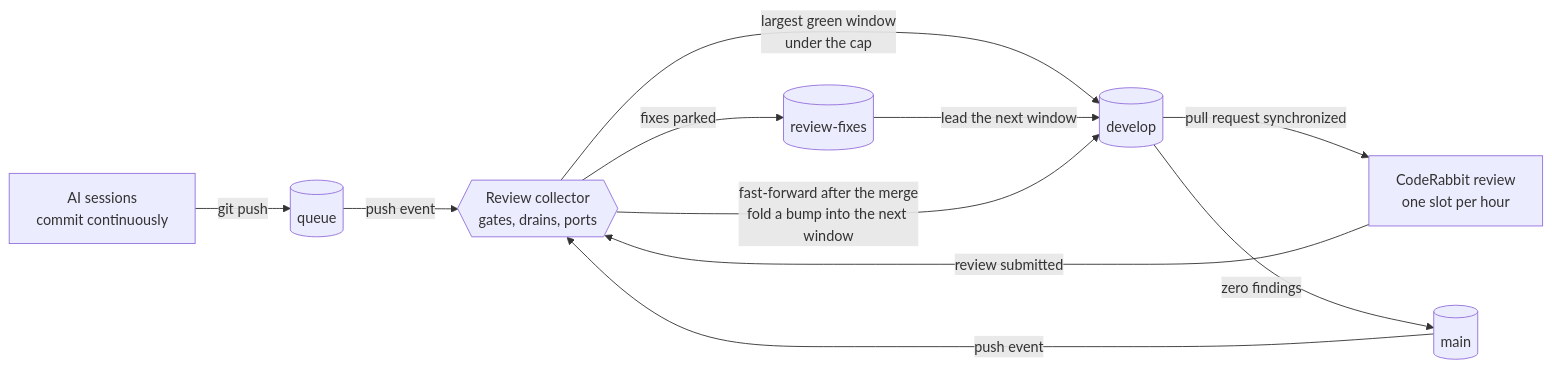
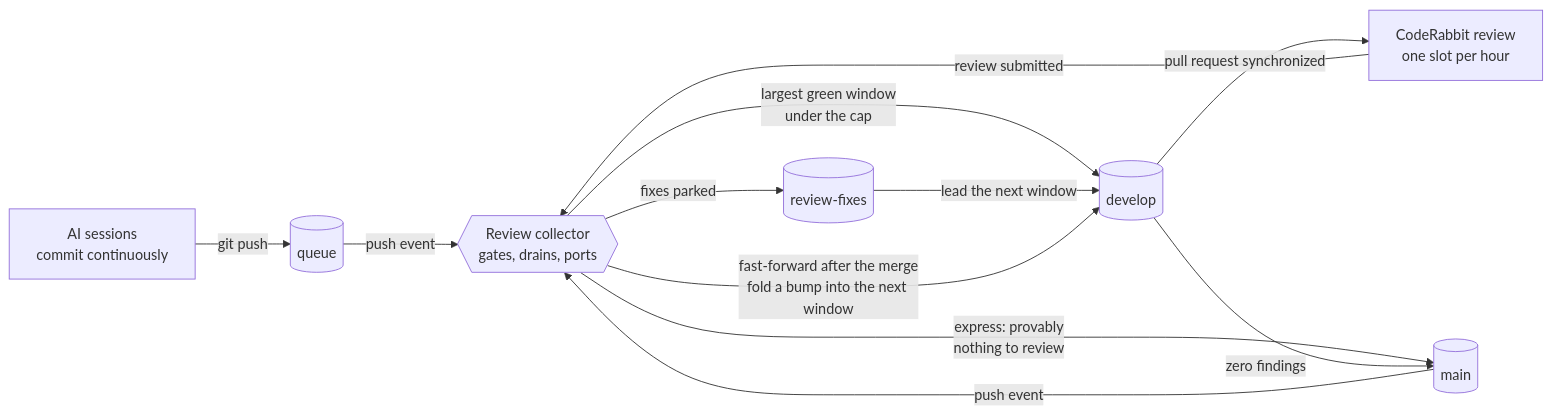
Before and after one commit to Esposter/Esposter: the diagram in README.md, drawn with Mermaid. The commit also changed other lines of this file and 8 other files, not shown here.

First line of the commit message:
docs(review-collector): the express lane, and the commit composition that feeds it

````diff
--- a/README.md
+++ b/README.md
@@ -337,13 +340,14 @@
 ```mermaid
 flowchart LR
   S[AI sessions<br/>commit continuously] -->|git push| Q[(queue)]
   Q -->|push event| C{{Review collector<br/>gates, drains, ports}}
   C -->|largest green window<br/>under the cap| D[(develop)]
+  C -->|express: provably<br/>nothing to review| M
   D -->|pull request synchronized| R[CodeRabbit review<br/>one slot per hour]
   R -->|review submitted| C
   C -->|fixes parked| F[(review-fixes)]
   F -->|lead the next window| D
   D -->|zero findings| M[(main)]
   M -->|push event| C
   C -->|fast-forward after the merge<br/>fold a bump into the next window| D
 ```
````
